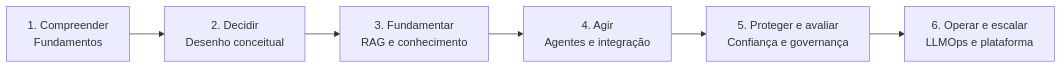
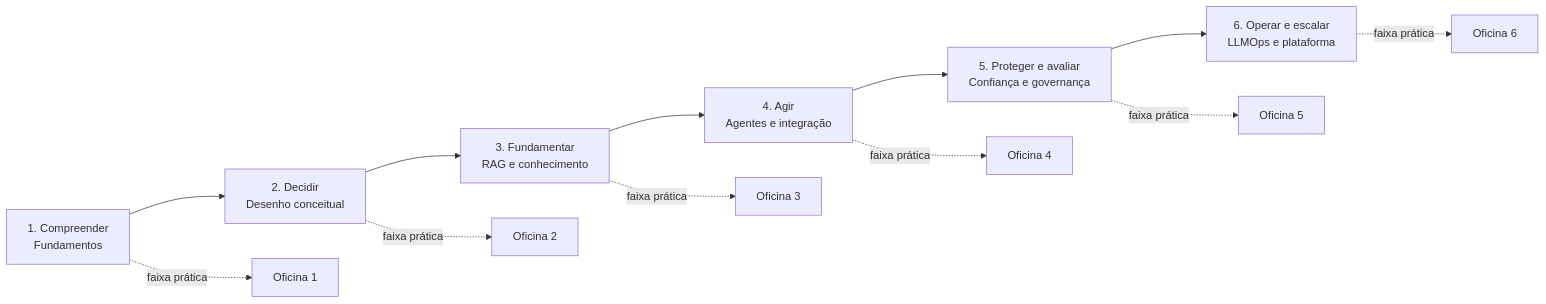
The diagram in docs/comecar/mapa-de-aprendizagem.md (aulas-marco/arquitetura-solucoes-ia-generativa), drawn with Mermaid before and after one commit. The commit also changed other lines of this file and 6 other files, not shown here.

````diff
--- a/docs/comecar/mapa-de-aprendizagem.md
+++ b/docs/comecar/mapa-de-aprendizagem.md
@@ -5,8 +5,14 @@
 ```mermaid
 flowchart LR
     A["1. Compreender<br/>Fundamentos"] --> B["2. Decidir<br/>Desenho conceitual"]
     B --> C["3. Fundamentar<br/>RAG e conhecimento"]
     C --> D["4. Agir<br/>Agentes e integração"]
     D --> E["5. Proteger e avaliar<br/>Confiança e governança"]
     E --> F["6. Operar e escalar<br/>LLMOps e plataforma"]
+    A -. faixa prática .-> OA["Oficina 1"]
+    B -. faixa prática .-> OB["Oficina 2"]
+    C -. faixa prática .-> OC["Oficina 3"]
+    D -. faixa prática .-> OD["Oficina 4"]
+    E -. faixa prática .-> OE["Oficina 5"]
+    F -. faixa prática .-> OF["Oficina 6"]
 ```
````
